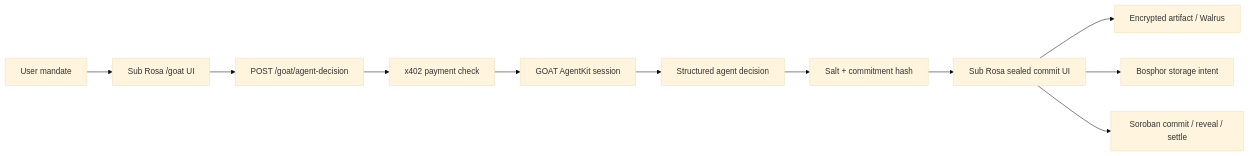
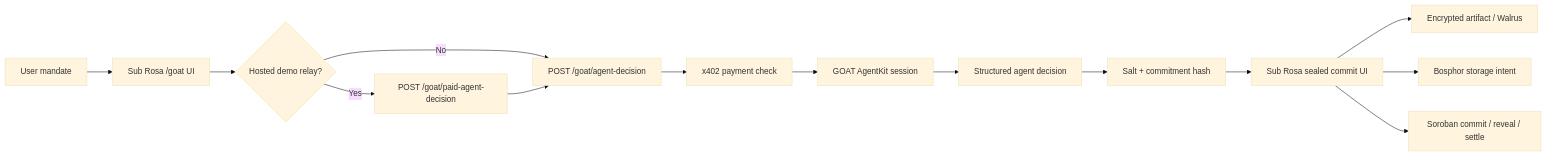
The diagram in docs/GOAT_INTEGRATION.md (karagozemin/Sub-Rosa-Wal), drawn with Mermaid (base theme) before and after one commit. The commit also changed other lines of this file and 11 other files, not shown here.

Commit message:
Document current GOAT relay and storage flows

````diff
--- a/docs/GOAT_INTEGRATION.md
+++ b/docs/GOAT_INTEGRATION.md
@@ -35,13 +35,16 @@
 ```mermaid
 flowchart LR
   User[User mandate] --> UI[Sub Rosa /goat UI]
-  UI --> API[POST /goat/agent-decision]
+  UI --> Relay{Hosted demo relay?}
+  Relay -->|No| API[POST /goat/agent-decision]
+  Relay -->|Yes| Demo[POST /goat/paid-agent-decision]
+  Demo --> API
   API --> X402[x402 payment check]
   X402 --> Agent[GOAT AgentKit session]
   Agent --> Decision[Structured agent decision]
   Decision --> Payload[Salt + commitment hash]
   Payload --> Commit[Sub Rosa sealed commit UI]
   Commit --> Walrus[Encrypted artifact / Walrus]
   Commit --> EVM[Bosphor storage intent]
   Commit --> Soroban[Soroban commit / reveal / settle]
 ```
````
